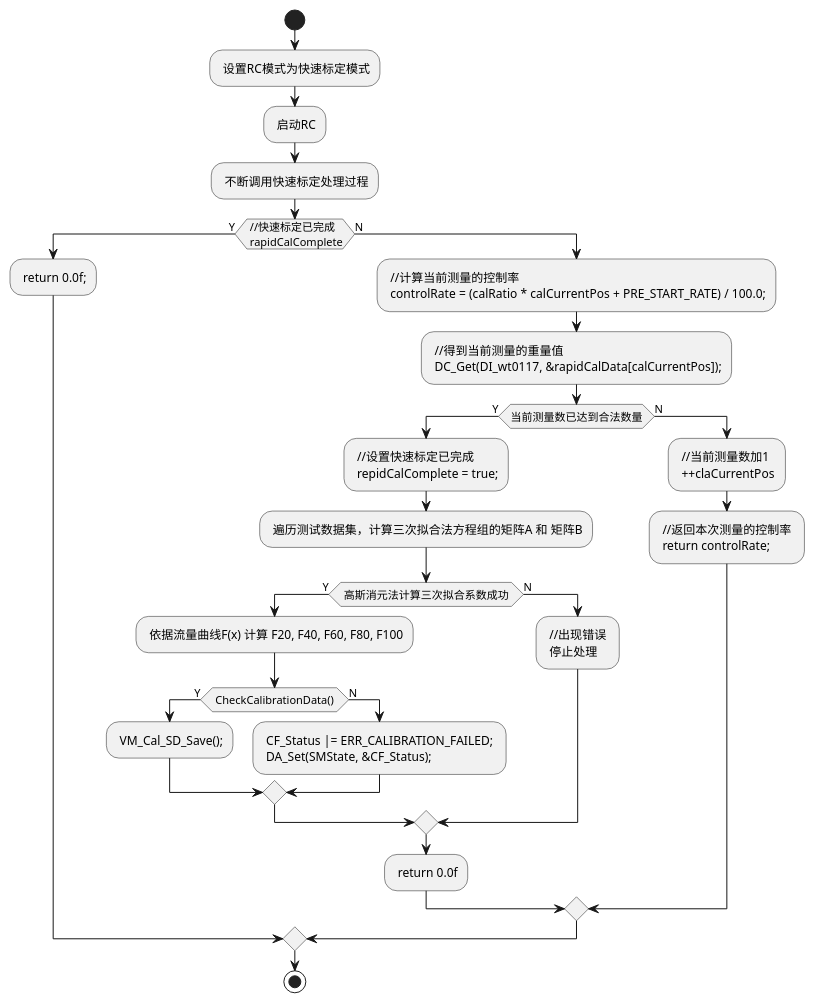
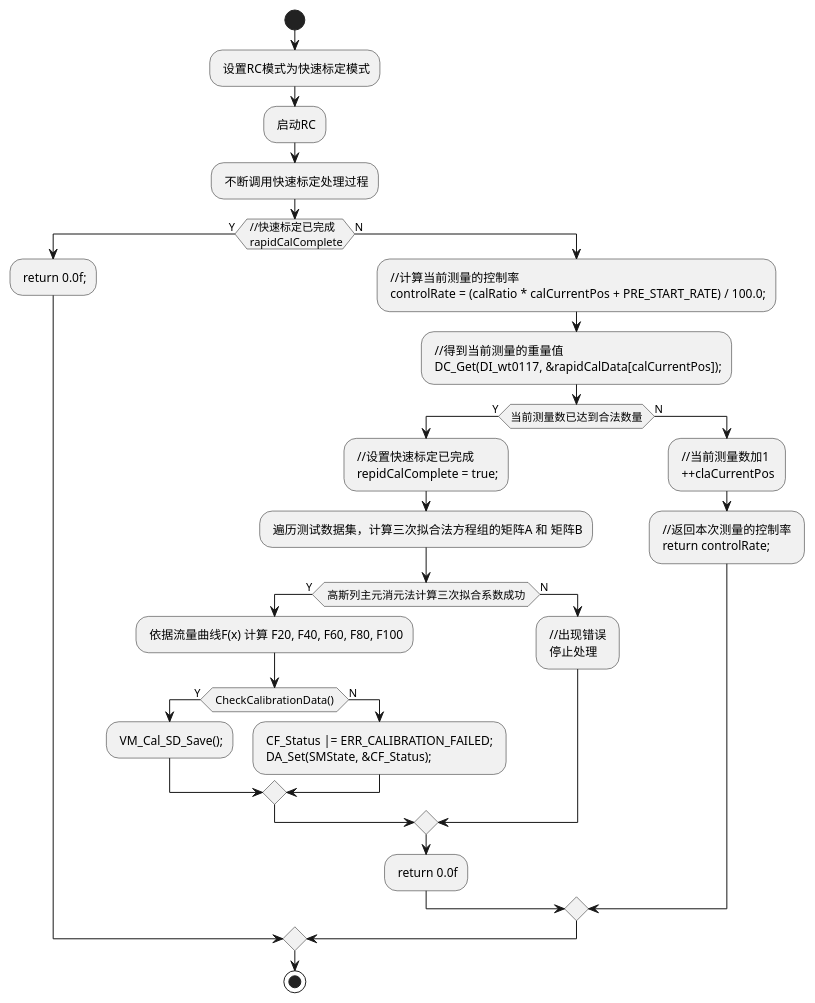
Before and after one commit to gujun/vma: the diagram in md/RC_Calibration.md, drawn with PlantUML. The commit also changed other lines of this file, not shown here.

```diff
--- a/md/RC_Calibration.md
+++ b/md/RC_Calibration.md
@@ -118,32 +144,32 @@
 @startuml
 start
 : 设置RC模式为快速标定模式;
 : 启动RC;
 : 不断调用快速标定处理过程;
 if ( //快速标定已完成 \n rapidCalComplete) then (Y)
 : return 0.0f;;
 else (N)
 : //计算当前测量的控制率 \n controlRate = (calRatio * calCurrentPos + PRE_START_RATE) / 100.0;;
 : //得到当前测量的重量值 \n DC_Get(DI_wt0117, &rapidCalData[calCurrentPos]);;
 if (当前测量数已达到合法数量) then (Y)
 : //设置快速标定已完成 \n repidCalComplete = true;;
 : 遍历测试数据集，计算三次拟合法方程组的矩阵A 和 矩阵B;
-if ( 高斯消元法计算三次拟合系数成功 ) then (Y)
+if ( 高斯列主元消元法计算三次拟合系数成功 ) then (Y)
 : 依据流量曲线F(x) 计算 F20, F40, F60, F80, F100;
 if ( CheckCalibrationData() ) then (Y)
 : VM_Cal_SD_Save();;
 else (N)
 : CF_Status |= ERR_CALIBRATION_FAILED; \n DA_Set(SMState, &CF_Status);;
 endif
 else (N)
 : //出现错误 \n 停止处理;
 endif
 : return 0.0f;
 else (N)
 : //当前测量数加1  \n ++claCurrentPos;
 : //返回本次测量的控制率 \n return controlRate;;
 endif
 endif
 
 stop
 @enduml
```
